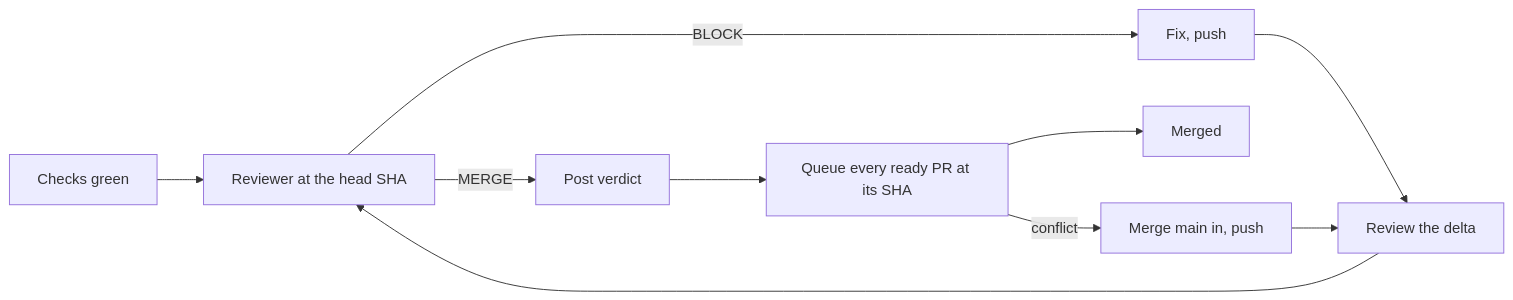
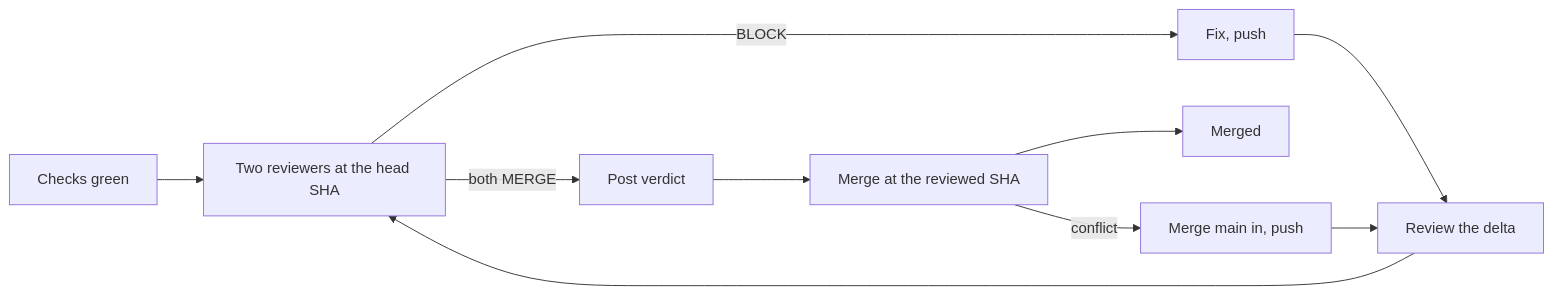
One commit to Colorado-Startups/claudius changed the diagram in plugin/skills/merge/SKILL.md. Above: the diagram before and after it, drawn with Mermaid. The commit also changed other lines of this file and 2 other files, not shown here.

First line of the commit message:
State the autonomy outcome and let two AI reviews merge (#184)

````diff
--- a/plugin/skills/merge/SKILL.md
+++ b/plugin/skills/merge/SKILL.md
@@ -15,6 +15,6 @@
 ```mermaid
 flowchart LR
-  C[Checks green] --> R[Reviewer at the head SHA] -->|BLOCK| F[Fix, push] --> D[Review the delta] --> R
-  R -->|MERGE| V[Post verdict] --> Q[Queue every ready PR at its SHA] --> M[Merged]
+  C[Checks green] --> R[Two reviewers at the head SHA] -->|BLOCK| F[Fix, push] --> D[Review the delta] --> R
+  R -->|both MERGE| V[Post verdict] --> Q[Merge at the reviewed SHA] --> M[Merged]
   Q -->|conflict| U[Merge main in, push] --> D
 ```
````
